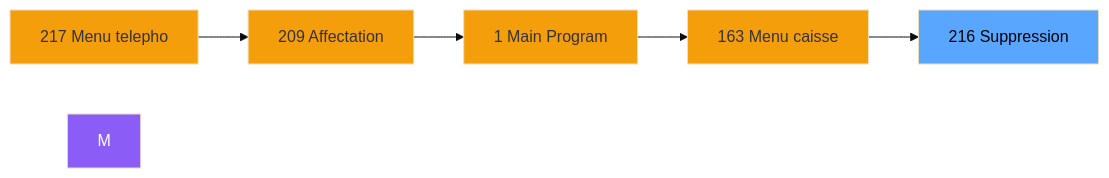
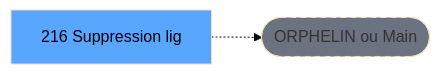
One commit to thonyAGP/lecteur-magic changed the second of 3 diagrams in .openspec/renders/ADH-IDE-216.md. Above: the diagram before and after it, drawn with Mermaid (base theme). The commit also changed other lines of this file and 701 other files, not shown here.

````diff
--- a/.openspec/renders/ADH-IDE-216.md
+++ b/.openspec/renders/ADH-IDE-216.md
@@ -105,18 +117,8 @@
 ```mermaid
 graph LR
-    N217[217 Menu telepho]
-    N209[209 Affectation ]
-    N1[1 Main Program]
-    N163[163 Menu caisse ]
-    T[216 Suppression ]
-    N217 --> N209
-    N209 --> N1
-    N1 --> N163
-    N163 --> T
-    style M fill:#8b5cf6,color:#fff
-    style N217 fill:#f59e0b
-    style N209 fill:#f59e0b
-    style N1 fill:#f59e0b
-    style N163 fill:#f59e0b
+    T[216 Suppression lig]
+    ORPHAN([ORPHELIN ou Main])
+    T -.-> ORPHAN
     style T fill:#58a6ff,color:#000
+    style ORPHAN fill:#6b7280,stroke-dasharray: 5 5
 ```
````
